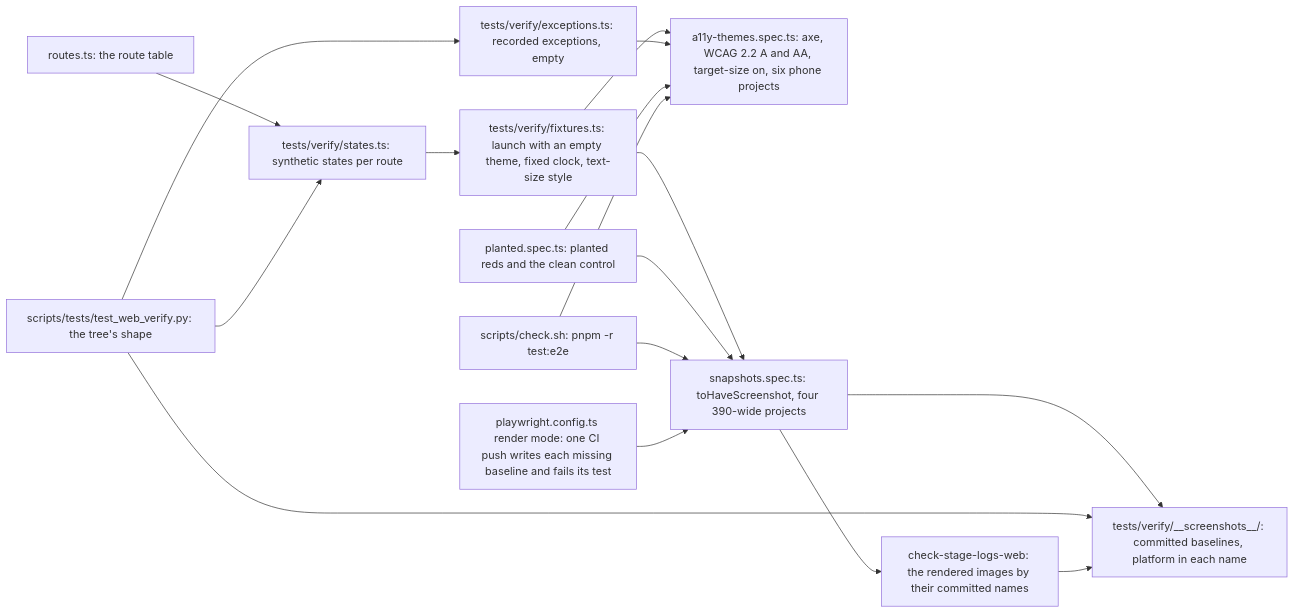
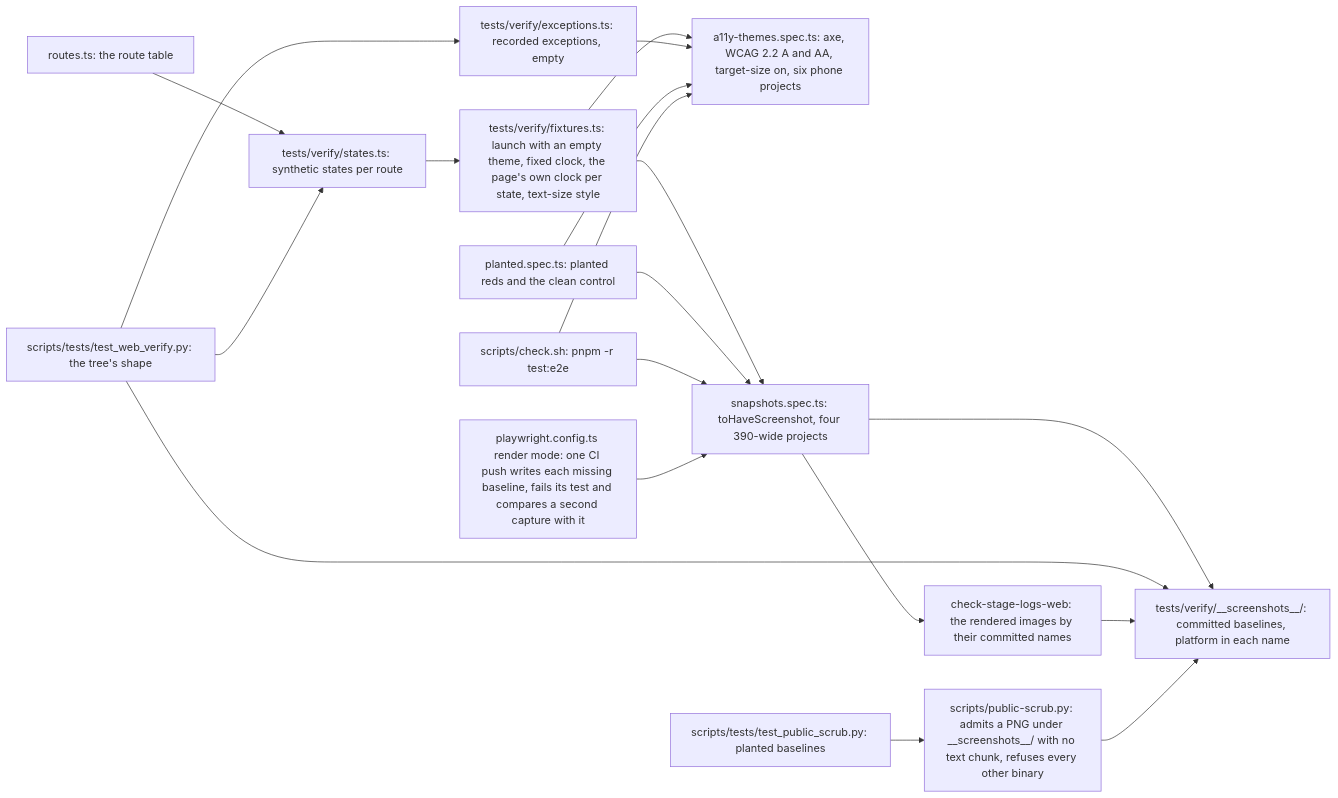
The diagram in docs/schematics/web-verify.md (RexRenatus/deck-streak), drawn with Mermaid before and after one commit. The commit also changed other lines of this file and 4 other files, not shown here.

Commit message:
docs(web): record the clock pin and the screenshot baseline admission

````diff
--- a/docs/schematics/web-verify.md
+++ b/docs/schematics/web-verify.md
@@ -7,19 +7,21 @@
 ```mermaid
 flowchart LR
   RT["routes.ts: the route table"] --> ST["tests/verify/states.ts: synthetic states per route"]
-  ST --> FX["tests/verify/fixtures.ts: launch with an empty theme, fixed clock, text-size style"]
+  ST --> FX["tests/verify/fixtures.ts: launch with an empty theme, fixed clock, the page's own clock per state, text-size style"]
   FX --> AX["a11y-themes.spec.ts: axe, WCAG 2.2 A and AA, target-size on, six phone projects"]
   FX --> SN["snapshots.spec.ts: toHaveScreenshot, four 390-wide projects"]
   SN --> BL["tests/verify/__screenshots__/: committed baselines, platform in each name"]
   EX["tests/verify/exceptions.ts: recorded exceptions, empty"] --> AX
   PL["planted.spec.ts: planted reds and the clean control"] --> AX
   PL --> SN
   PY["scripts/tests/test_web_verify.py: the tree's shape"] --> ST
   PY --> BL
   PY --> EX
   CK["scripts/check.sh: pnpm -r test:e2e"] --> AX
   CK --> SN
-  RM["playwright.config.ts render mode: one CI push writes each missing baseline and fails its test"] --> SN
+  RM["playwright.config.ts render mode: one CI push writes each missing baseline, fails its test and compares a second capture with it"] --> SN
   SN --> LG["check-stage-logs-web: the rendered images by their committed names"]
   LG --> BL
+  PS["scripts/public-scrub.py: admits a PNG under __screenshots__/ with no text chunk, refuses every other binary"] --> BL
+  TP["scripts/tests/test_public_scrub.py: planted baselines"] --> PS
 ```
````
